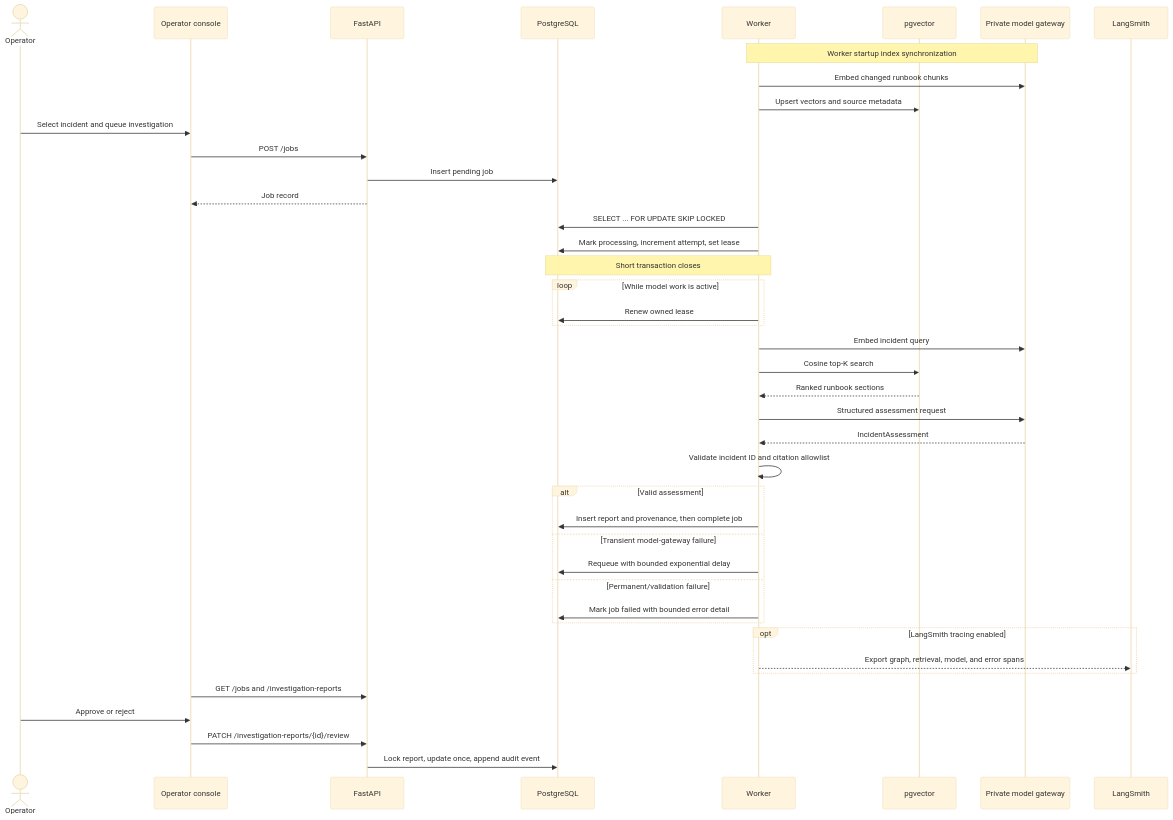
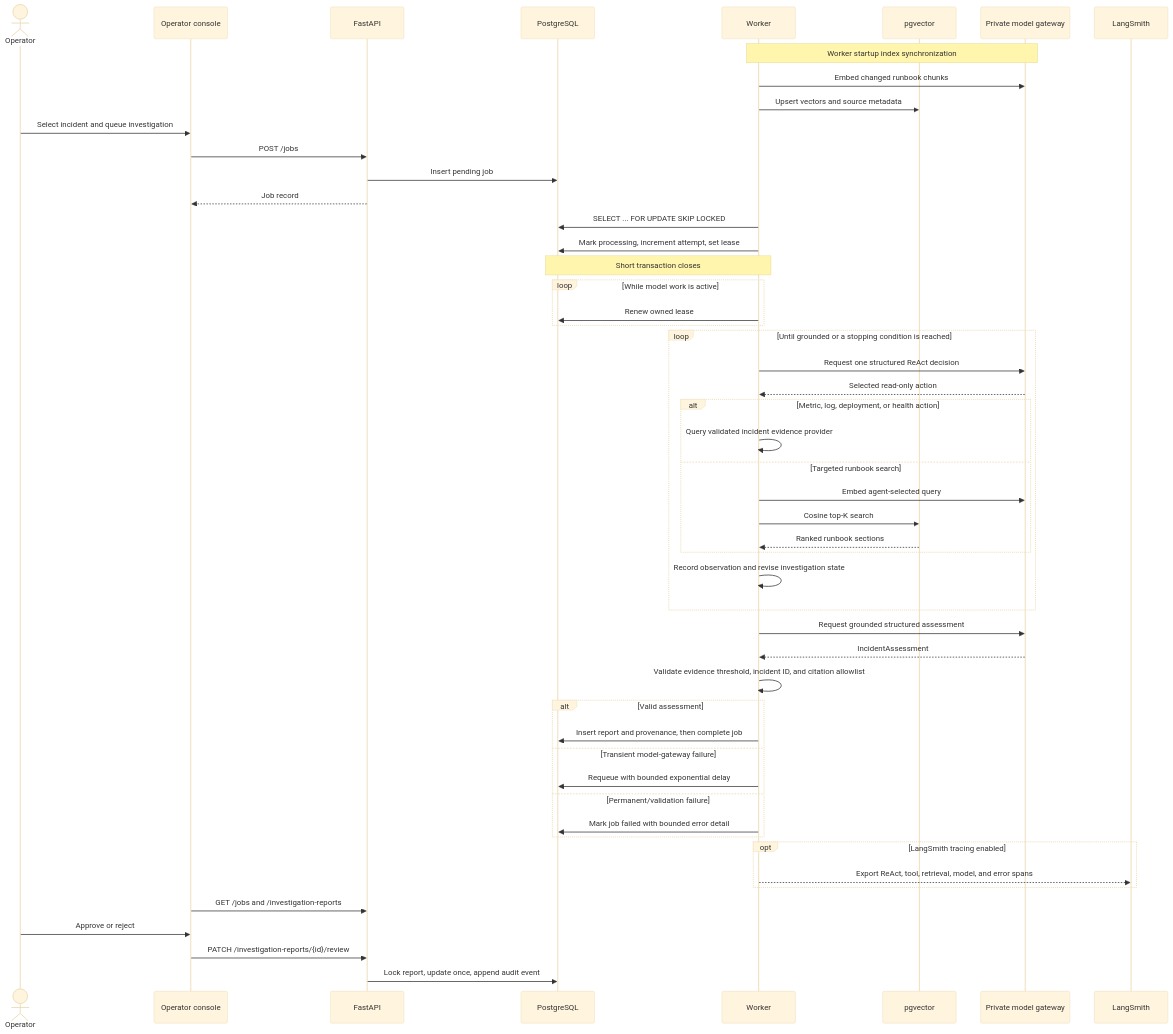
Before and after one commit to shreyas671/RootPilot: the second of 5 diagrams in README.md, drawn with Mermaid (base theme). The commit also changed other lines of this file and 39 other files, not shown here.

Commit message:
Implement bounded ReAct incident investigations

````diff
--- a/README.md
+++ b/README.md
@@ -221,51 +233,60 @@
 ```mermaid
 sequenceDiagram
     actor Operator
     participant UI as Operator console
     participant API as FastAPI
     participant DB as PostgreSQL
     participant W as Worker
     participant V as pgvector
     participant O as Private model gateway
     participant LS as LangSmith
 
     Note over W,O: Worker startup index synchronization
     W->>O: Embed changed runbook chunks
     W->>V: Upsert vectors and source metadata
 
     Operator->>UI: Select incident and queue investigation
     UI->>API: POST /jobs
     API->>DB: Insert pending job
     API-->>UI: Job record
 
     W->>DB: SELECT ... FOR UPDATE SKIP LOCKED
     W->>DB: Mark processing, increment attempt, set lease
     Note over W,DB: Short transaction closes
     loop While model work is active
         W->>DB: Renew owned lease
     end
 
-    W->>O: Embed incident query
-    W->>V: Cosine top-K search
-    V-->>W: Ranked runbook sections
-    W->>O: Structured assessment request
+    loop Until grounded or a stopping condition is reached
+        W->>O: Request one structured ReAct decision
+        O-->>W: Selected read-only action
+        alt Metric, log, deployment, or health action
+            W->>W: Query validated incident evidence provider
+        else Targeted runbook search
+            W->>O: Embed agent-selected query
+            W->>V: Cosine top-K search
+            V-->>W: Ranked runbook sections
+        end
+        W->>W: Record observation and revise investigation state
+    end
+    W->>O: Request grounded structured assessment
     O-->>W: IncidentAssessment
-    W->>W: Validate incident ID and citation allowlist
+    W->>W: Validate evidence threshold, incident ID, and citation allowlist
 
     alt Valid assessment
         W->>DB: Insert report and provenance, then complete job
     else Transient model-gateway failure
         W->>DB: Requeue with bounded exponential delay
     else Permanent/validation failure
         W->>DB: Mark job failed with bounded error detail
     end
 
     opt LangSmith tracing enabled
-        W-->>LS: Export graph, retrieval, model, and error spans
+        W-->>LS: Export ReAct, tool, retrieval, model, and error spans
     end
 
     UI->>API: GET /jobs and /investigation-reports
     Operator->>UI: Approve or reject
     UI->>API: PATCH /investigation-reports/{id}/review
     API->>DB: Lock report, update once, append audit event
 ```
````
